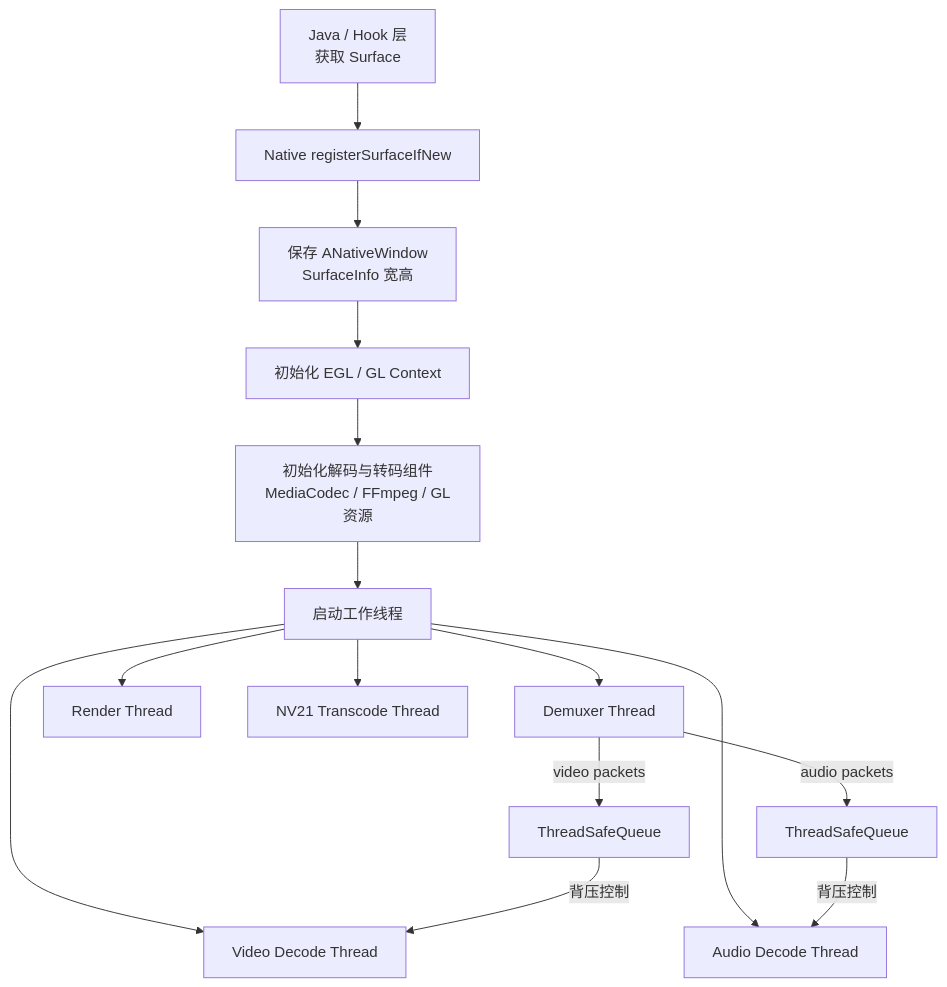
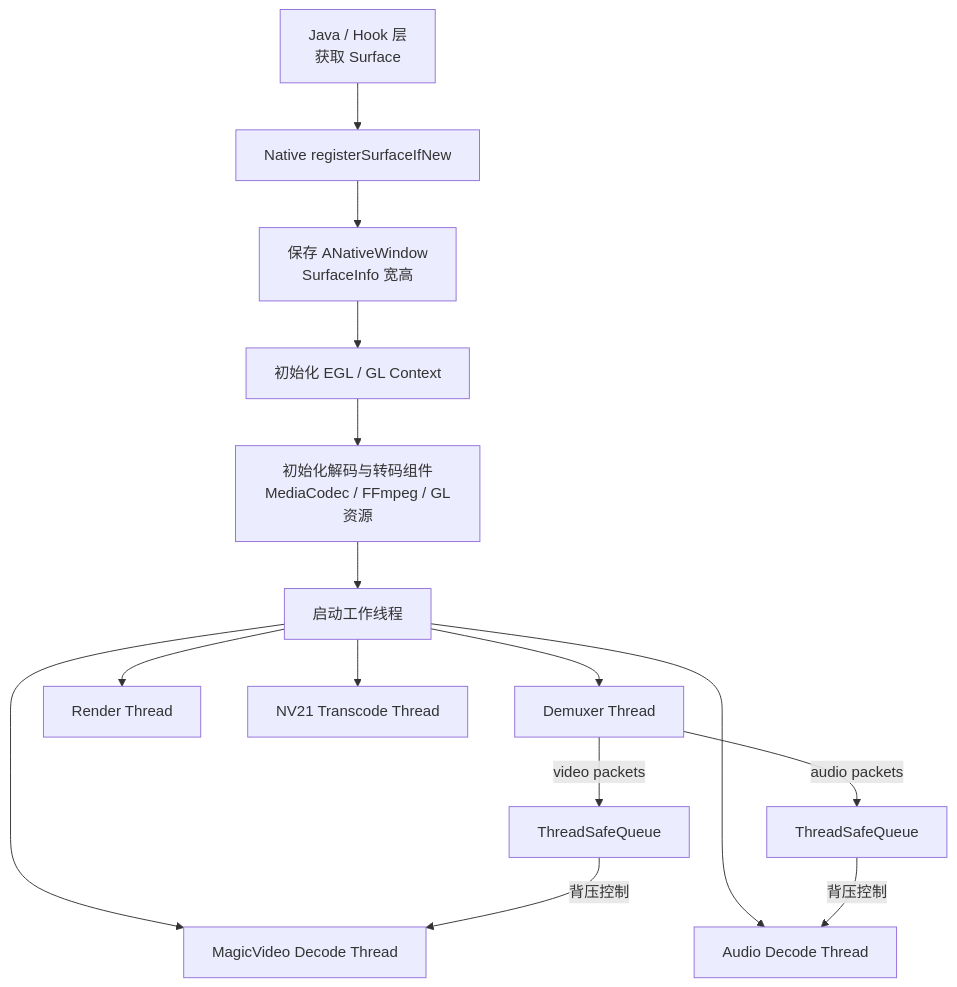
The first of 6 diagrams in document/workflow.md (Atomos-X/Camera2Magic), drawn with Mermaid before and after one commit. The commit also changed other lines of this file and 11 other files, not shown here.

````diff
--- a/document/workflow.md
+++ b/document/workflow.md
@@ -2,20 +2,20 @@
     ```mermaid
     flowchart TD
     A[Java / Hook 层<br/>获取 Surface] --> B[Native registerSurfaceIfNew]
     B --> C[保存 ANativeWindow<br/>SurfaceInfo 宽高]
     C --> D[初始化 EGL / GL Context]
     D --> E[初始化解码与转码组件<br/>MediaCodec / FFmpeg / GL资源]
     E --> F[启动工作线程]
     
         F --> T1[Demuxer Thread]
-        F --> T2[Video Decode Thread]
+        F --> T2[MagicVideo Decode Thread]
         F --> T3[Audio Decode Thread]
         F --> T4[Render Thread]
         F --> T5[NV21 Transcode Thread]
     
         T1 -->|video packets| QV[ThreadSafeQueue<VideoPacket>]
         T1 -->|audio packets| QA[ThreadSafeQueue<AudioPacket>]
     
         QV -->|背压控制| T2
         QA -->|背压控制| T3
     ```
````
